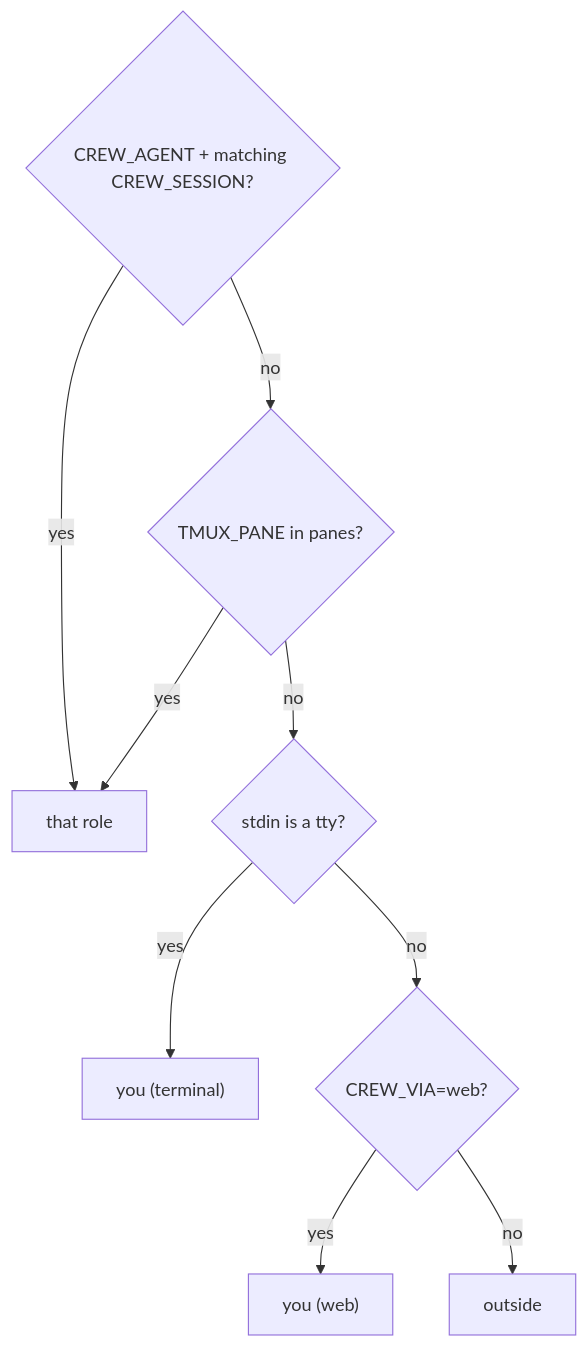
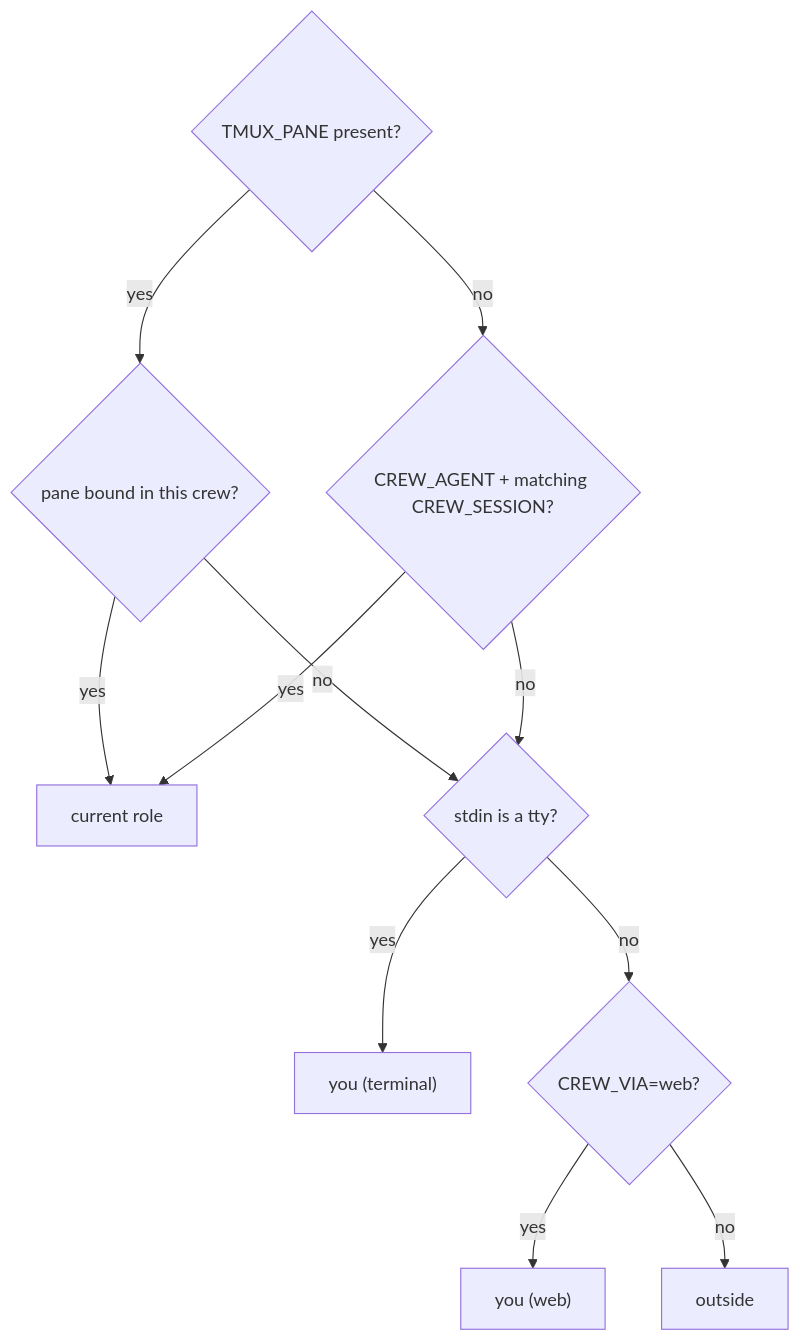
One commit to mifwar/crew changed the second of 2 diagrams in lode/cli/messaging.md. Above: the diagram before and after it, drawn with Mermaid. The commit also changed other lines of this file and 12 other files, not shown here.

Commit message:
crew: support mid-work role takeover

````diff
--- a/lode/cli/messaging.md
+++ b/lode/cli/messaging.md
@@ -55,8 +57,13 @@
 ```mermaid
 flowchart TD
-  a{CREW_AGENT + matching CREW_SESSION?} -- yes --> role[that role]
-  a -- no --> b{TMUX_PANE in panes?} -- yes --> role
-  b -- no --> c{"stdin is a tty?"} -- yes --> term["you (terminal)"]
-  c -- no --> d{CREW_VIA=web?} -- yes --> web["you (web)"]
+  a{TMUX_PANE present?} -- yes --> lookup{pane bound in this crew?}
+  lookup -- yes --> role[current role]
+  lookup -- no --> c{"stdin is a tty?"}
+  a -- no --> b{CREW_AGENT + matching CREW_SESSION?}
+  b -- yes --> role
+  b -- no --> c
+  c -- yes --> term["you (terminal)"]
+  c -- no --> d{CREW_VIA=web?}
+  d -- yes --> web["you (web)"]
   d -- no --> out[outside]
 ```
````
